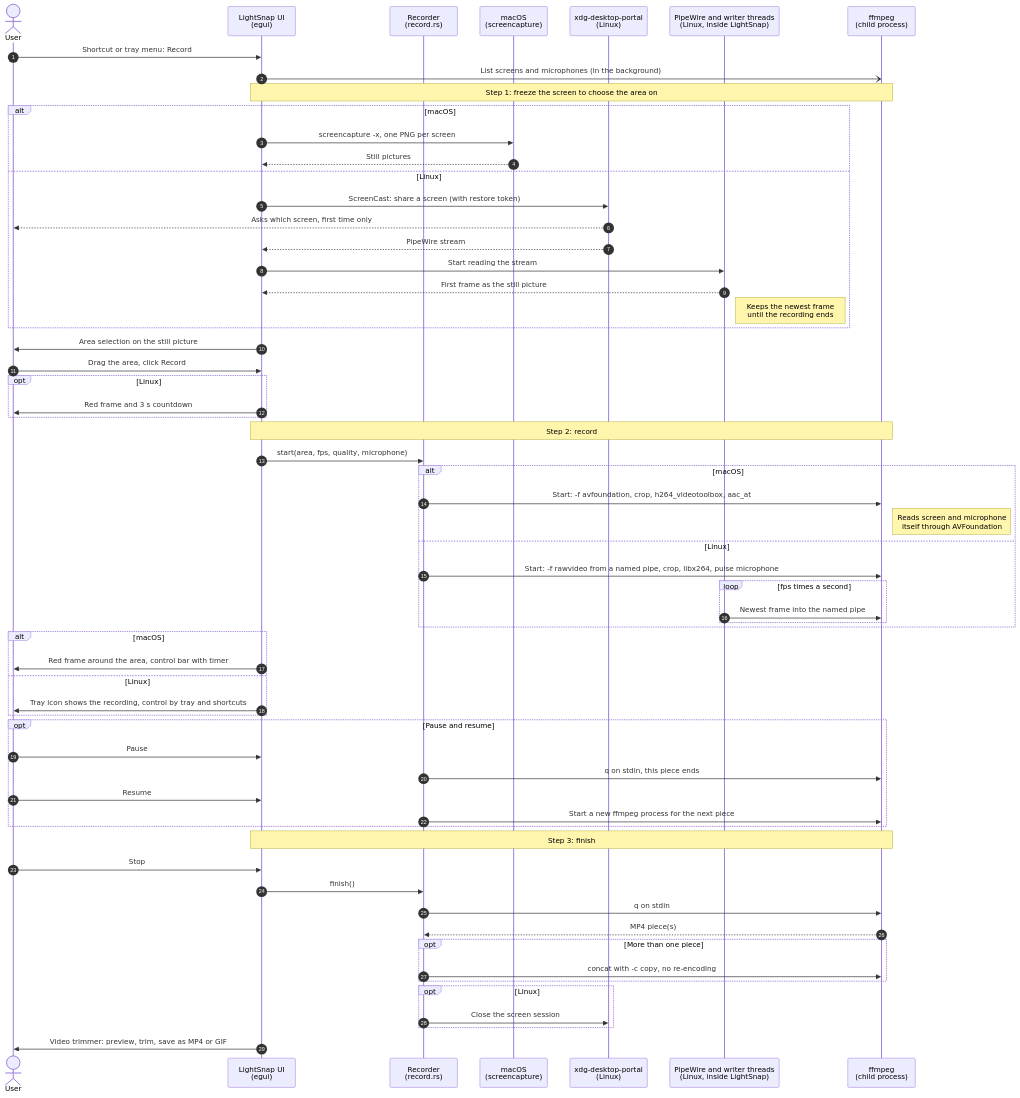
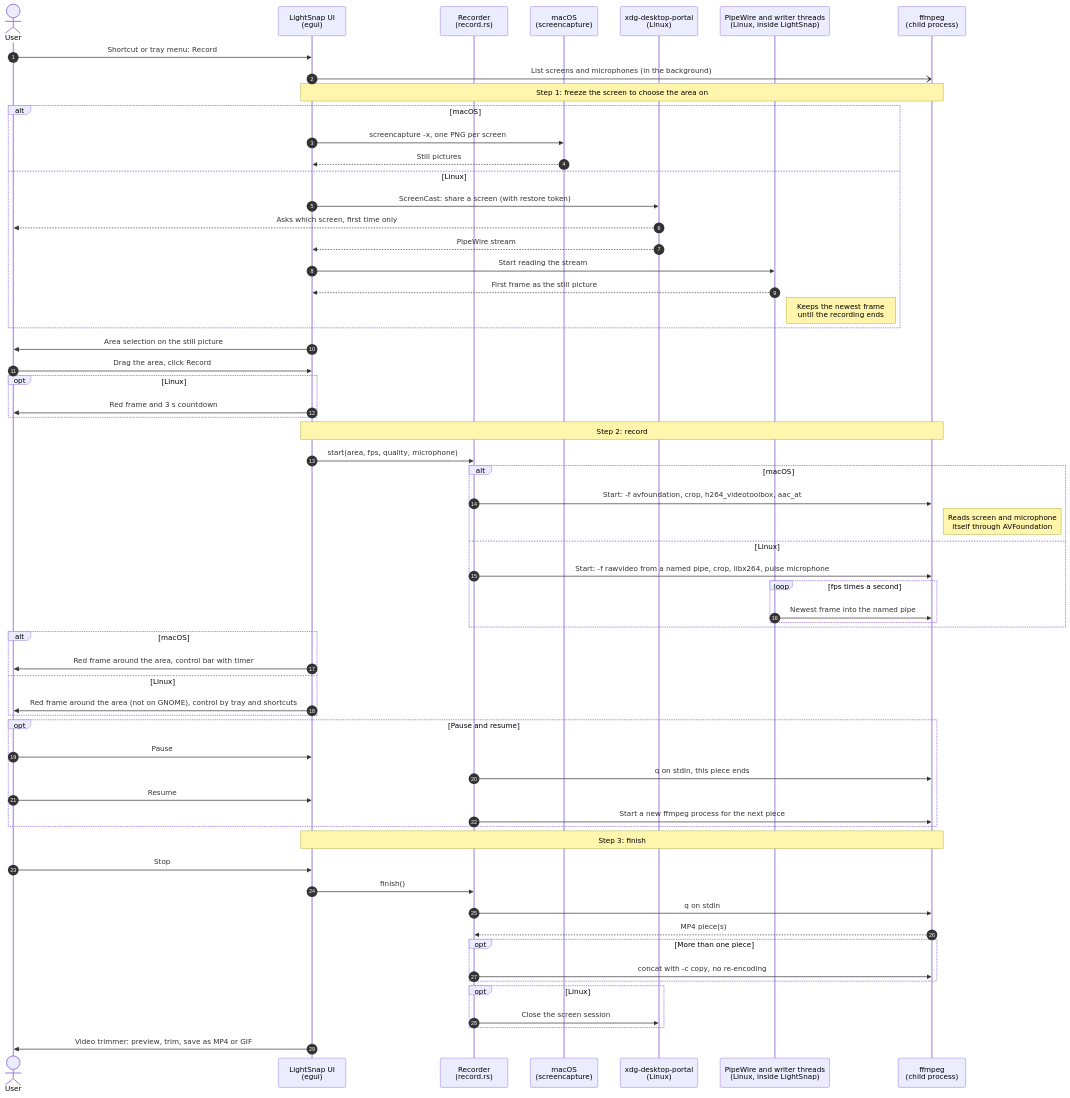
Before and after one commit to badger12345/lightsnap: the diagram in docs/recording.md, drawn with Mermaid. The commit also changed other lines of this file and 8 other files, not shown here.

First line of the commit message:
Linux: red frame around the record area on KDE, Sway, Hyprland and COSMIC

````diff
--- a/docs/recording.md
+++ b/docs/recording.md
@@ -10,69 +10,69 @@
 ```mermaid
 sequenceDiagram
     autonumber
     actor U as User
     participant App as LightSnap UI<br/>(egui)
     participant Rec as Recorder<br/>(record.rs)
     participant Mac as macOS<br/>(screencapture)
     participant Portal as xdg-desktop-portal<br/>(Linux)
     participant PW as PipeWire and writer threads<br/>(Linux, inside LightSnap)
     participant FF as ffmpeg<br/>(child process)
 
     U->>App: Shortcut or tray menu: Record
     App-)FF: List screens and microphones (in the background)
 
     Note over App,FF: Step 1: freeze the screen to choose the area on
     alt macOS
         App->>Mac: screencapture -x, one PNG per screen
         Mac-->>App: Still pictures
     else Linux
         App->>Portal: ScreenCast: share a screen (with restore token)
         Portal-->>U: Asks which screen, first time only
         Portal-->>App: PipeWire stream
         App->>PW: Start reading the stream
         PW-->>App: First frame as the still picture
         Note right of PW: Keeps the newest frame<br/>until the recording ends
     end
     App->>U: Area selection on the still picture
     U->>App: Drag the area, click Record
     opt Linux
         App->>U: Red frame and 3 s countdown
     end
 
     Note over App,FF: Step 2: record
     App->>Rec: start(area, fps, quality, microphone)
     alt macOS
         Rec->>FF: Start: -f avfoundation, crop, h264_videotoolbox, aac_at
         Note right of FF: Reads screen and microphone<br/>itself through AVFoundation
     else Linux
         Rec->>FF: Start: -f rawvideo from a named pipe, crop, libx264, pulse microphone
         loop fps times a second
             PW->>FF: Newest frame into the named pipe
         end
     end
     alt macOS
         App->>U: Red frame around the area, control bar with timer
     else Linux
-        App->>U: Tray icon shows the recording, control by tray and shortcuts
+        App->>U: Red frame around the area (not on GNOME), control by tray and shortcuts
     end
 
     opt Pause and resume
         U->>App: Pause
         Rec->>FF: q on stdin, this piece ends
         U->>App: Resume
         Rec->>FF: Start a new ffmpeg process for the next piece
     end
 
     Note over App,FF: Step 3: finish
     U->>App: Stop
     App->>Rec: finish()
     Rec->>FF: q on stdin
     FF-->>Rec: MP4 piece(s)
     opt More than one piece
         Rec->>FF: concat with -c copy, no re-encoding
     end
     opt Linux
         Rec->>Portal: Close the screen session
     end
     App->>U: Video trimmer: preview, trim, save as MP4 or GIF
 ```
````
